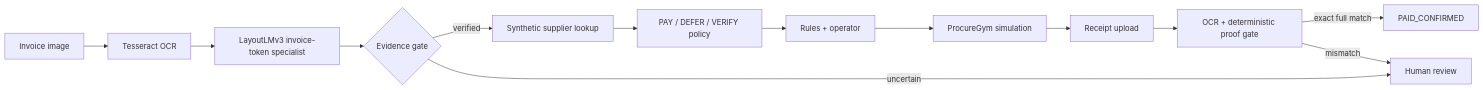
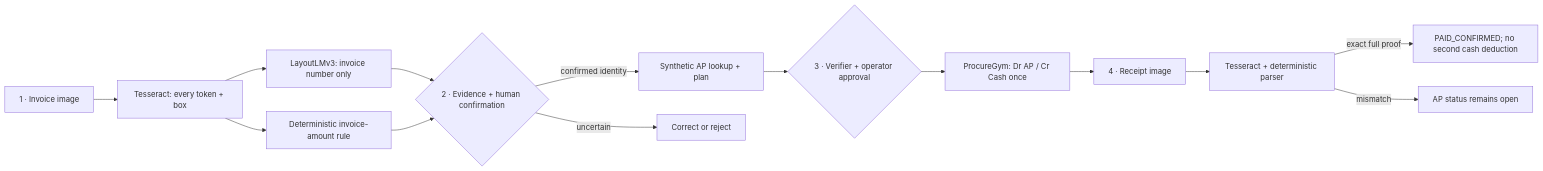
Before and after one commit to sasap91/invoiceagent: the diagram in README.md, drawn with Mermaid. The commit also changed other lines of this file and 13 other files, not shown here.

Commit message:
feat: ship guided invoice-to-receipt demo

````diff
--- a/README.md
+++ b/README.md
@@ -22,15 +20,16 @@
 ```mermaid
 flowchart LR
-    A[Invoice image] --> B[Tesseract OCR]
-    B --> C[LayoutLMv3 invoice-token specialist]
-    C --> D{Evidence gate}
-    D -->|verified| E[Synthetic supplier lookup]
-    D -->|uncertain| R[Human review]
-    E --> F[PAY / DEFER / VERIFY policy]
-    F --> G[Rules + operator]
-    G --> H[ProcureGym simulation]
-    H --> I[Receipt upload]
-    I --> J[OCR + deterministic proof gate]
-    J -->|exact full match| K[PAID_CONFIRMED]
-    J -->|mismatch| R
+    A[1 · Invoice image] --> B[Tesseract: every token + box]
+    B --> C[LayoutLMv3: invoice number only]
+    B --> M[Deterministic invoice-amount rule]
+    C --> D{2 · Evidence + human confirmation}
+    M --> D
+    D -->|confirmed identity| E[Synthetic AP lookup + plan]
+    D -->|uncertain| R[Correct or reject]
+    E --> F{3 · Verifier + operator approval}
+    F --> G[ProcureGym: Dr AP / Cr Cash once]
+    G --> H[4 · Receipt image]
+    H --> I[Tesseract + deterministic parser]
+    I -->|exact full proof| J[PAID_CONFIRMED; no second cash deduction]
+    I -->|mismatch| K[AP status remains open]
 ```
````
